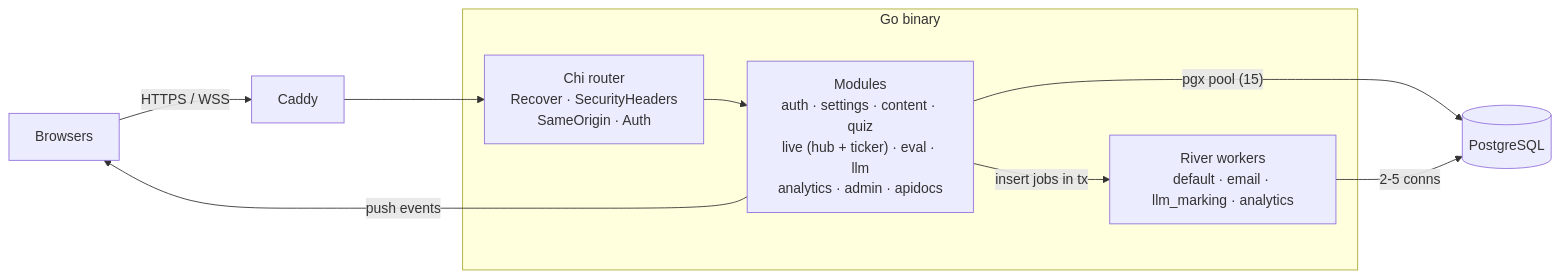
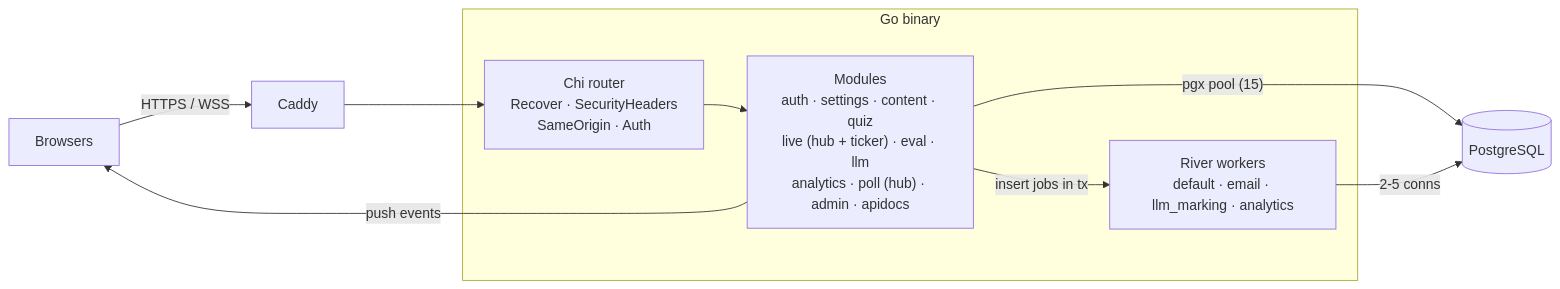
One commit to nadun96/quizare changed the first of 2 diagrams in frontend/src/lib/docs/pages/architecture.md. Above: the diagram before and after it, drawn with Mermaid. The commit also changed other lines of this file and 5 other files, not shown here.

Commit message:
Docs: cover polls, rich text and the UI refresh in overview, API, security, testing, glossary and architecture

````diff
--- a/frontend/src/lib/docs/pages/architecture.md
+++ b/frontend/src/lib/docs/pages/architecture.md
@@ -7,15 +7,15 @@
 ```mermaid
 flowchart LR
   B[Browsers] -- HTTPS / WSS --> C[Caddy]
   subgraph Go["Go binary"]
     R["Chi router<br/>Recover · SecurityHeaders<br/>SameOrigin · Auth"]
-    M["Modules<br/>auth · settings · content · quiz<br/>live (hub + ticker) · eval · llm<br/>analytics · admin · apidocs"]
+    M["Modules<br/>auth · settings · content · quiz<br/>live (hub + ticker) · eval · llm<br/>analytics · poll (hub) · admin · apidocs"]
     W["River workers<br/>default · email · llm_marking · analytics"]
     R --> M
     M -- insert jobs in tx --> W
   end
   C --> R
   M -- "pgx pool (15)" --> PG[(PostgreSQL)]
   W -- "2-5 conns" --> PG
   M -- push events --> B
 ```
````
